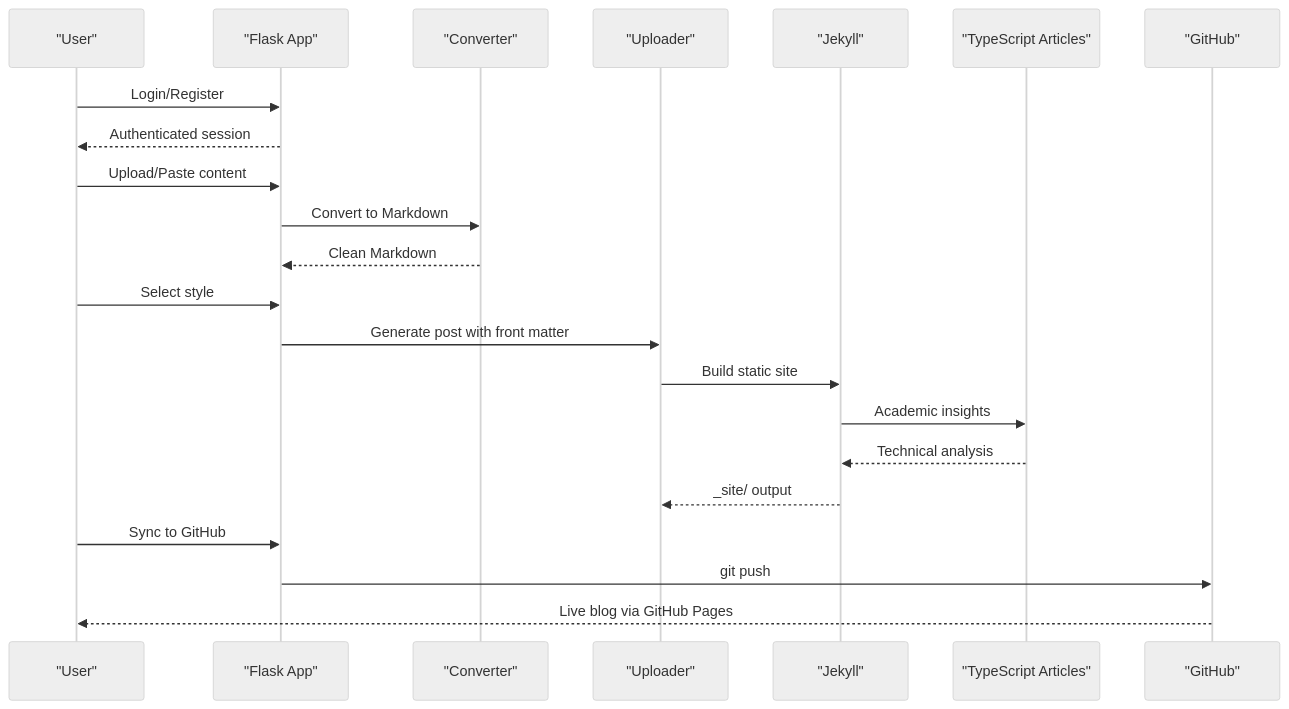
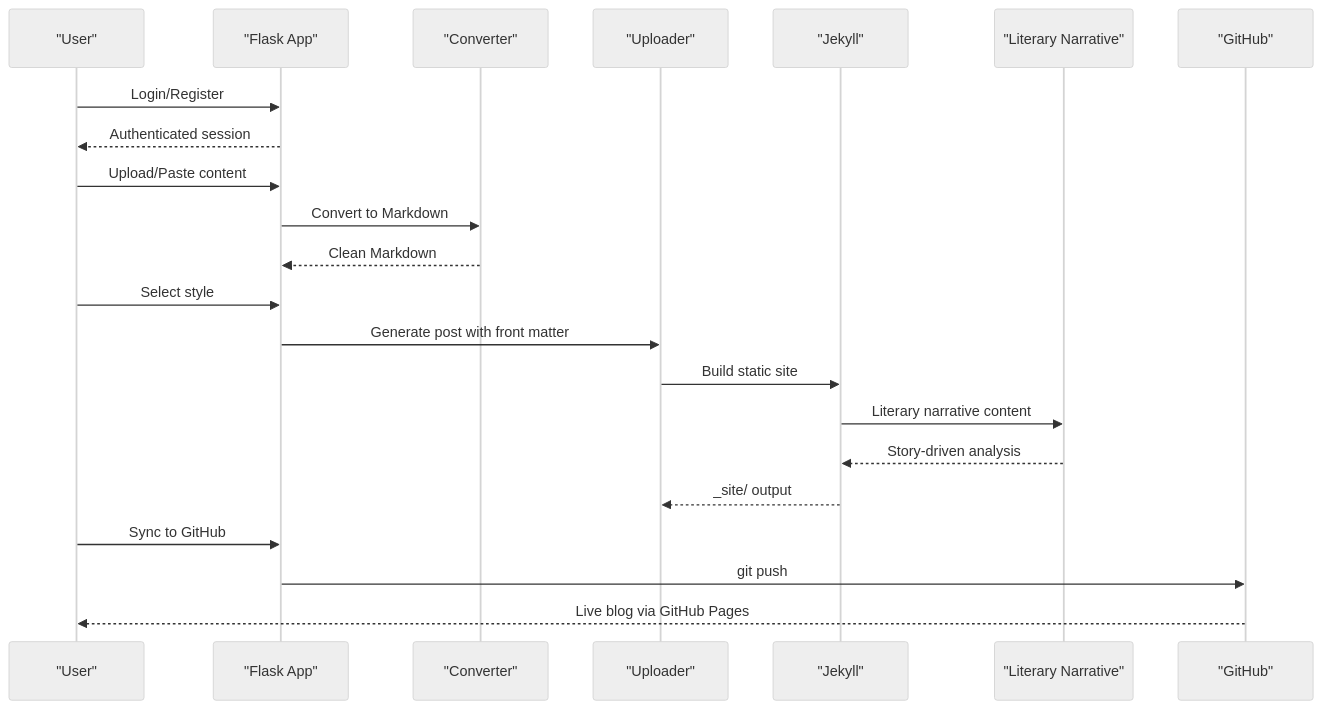
One commit to PolarisW007/PolaZhenJing changed the second of 8 diagrams in .qoder/repowiki/en/content/Frontend Application/Article Presentation System/TypeScript as JavaScript's Superset.md. Above: the diagram before and after it, drawn with Mermaid (neutral theme). The commit also changed other lines of this file and 2 other files, not shown here.

````diff
--- a/.qoder/repowiki/en/content/Frontend Application/Article Presentation System/TypeScript as JavaScript's Superset.md
+++ b/.qoder/repowiki/en/content/Frontend Application/Article Presentation System/TypeScript as JavaScript's Superset.md
@@ -136,24 +145,24 @@
 ```mermaid
 sequenceDiagram
 participant U as "User"
 participant F as "Flask App"
 participant C as "Converter"
 participant UPL as "Uploader"
 participant J as "Jekyll"
-participant TS as "TypeScript Articles"
+participant LN as "Literary Narrative"
 participant GH as "GitHub"
 U->>F : Login/Register
 F-->>U : Authenticated session
 U->>F : Upload/Paste content
 F->>C : Convert to Markdown
 C-->>F : Clean Markdown
 U->>F : Select style
 F->>UPL : Generate post with front matter
 UPL->>J : Build static site
-J->>TS : Academic insights
-TS-->>J : Technical analysis
+J->>LN : Literary narrative content
+LN-->>J : Story-driven analysis
 J-->>UPL : _site/ output
 U->>F : Sync to GitHub
 F->>GH : git push
 GH-->>U : Live blog via GitHub Pages
 ```
````
